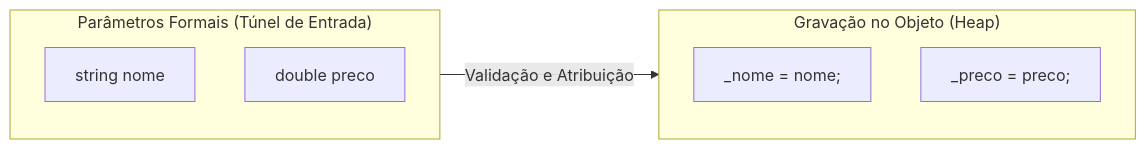
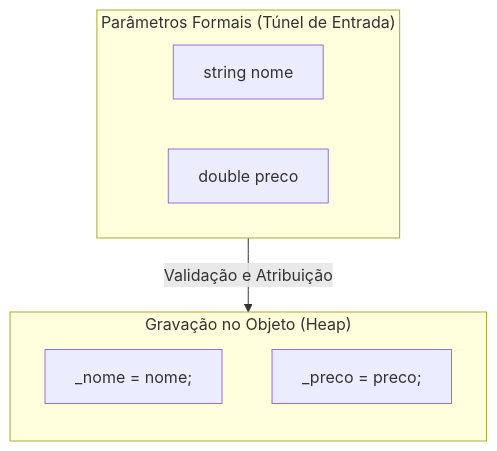
The seventh of 8 diagrams in 01. Programacao Modular/08. Construtores (inicialização, sobrecarga e garantia de invariantes).md (leorruas/puc), drawn with Mermaid before and after one commit. The commit also changed other lines of this file and 7 other files, not shown here.

Commit message:
refactor(mermaid): padroniza engine do app com curve linear para linhas retas, atualiza Regra 9 do AGENTS.md e refatora todos os diagramas LR para TD vertical em todo o vault

````diff
--- a/01. Programacao Modular/08. Construtores (inicialização, sobrecarga e garantia de invariantes).md
+++ b/01. Programacao Modular/08. Construtores (inicialização, sobrecarga e garantia de invariantes).md
@@ -253,15 +253,15 @@
 ```mermaid
-flowchart LR
+flowchart TD
     subgraph Assinatura ["Parâmetros Formais (Túnel de Entrada)"]
         P1["string nome"]
         P2["double preco"]
     end
 
     subgraph Gravacao ["Gravação no Objeto (Heap)"]
         direction TB
         A1["_nome = nome;"]
         A2["_preco = preco;"]
     end
 
     Assinatura -->|Validação e Atribuição| Gravacao
 ```
````
